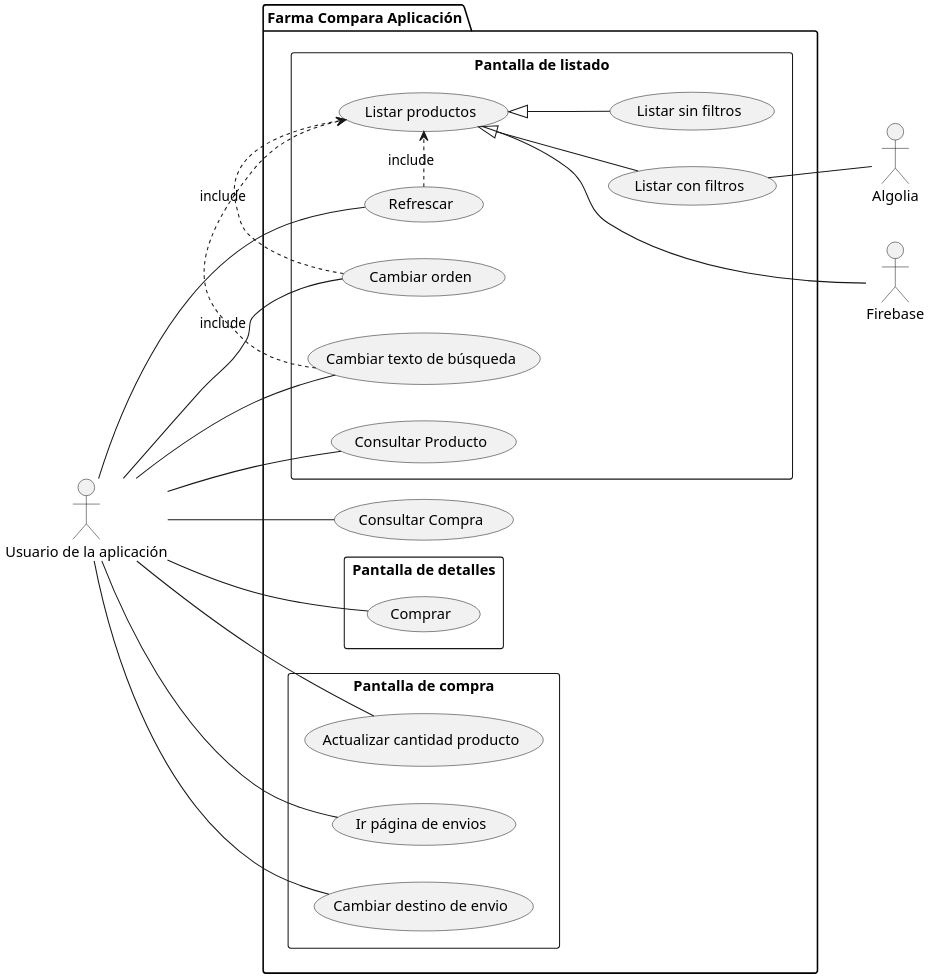
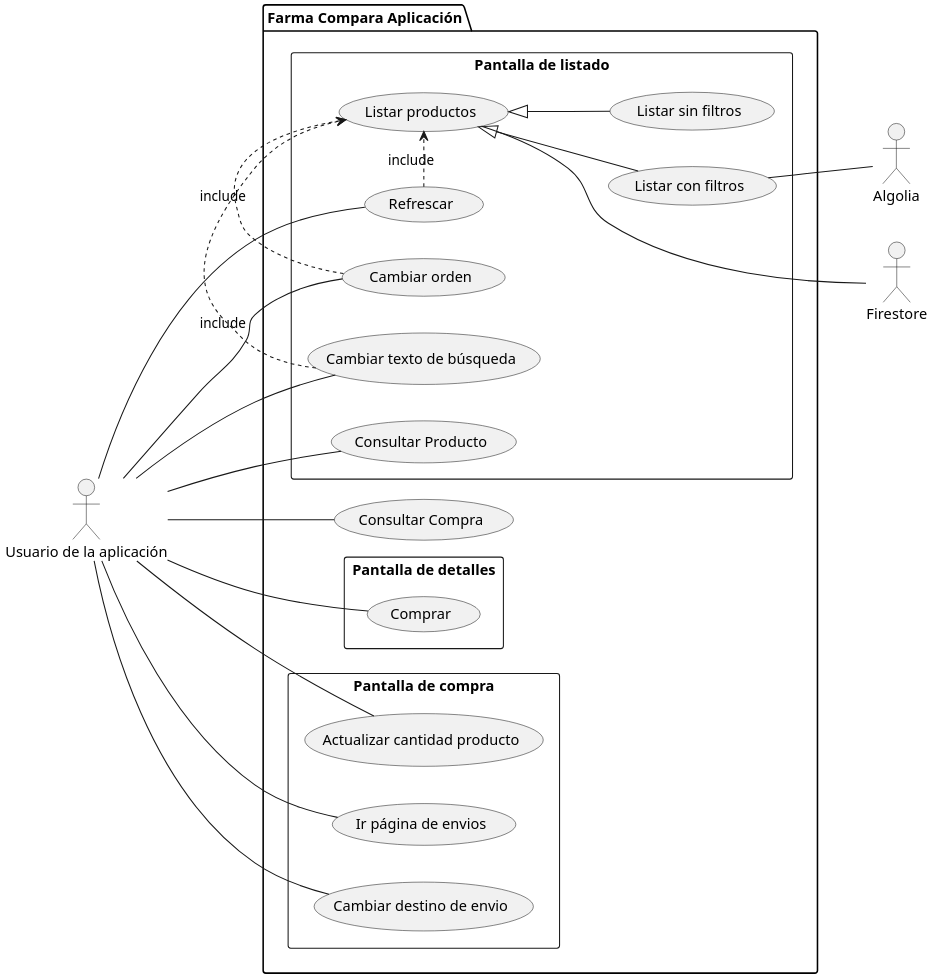
One commit to Cavitedev/FarmaCompara changed the diagram in docs/uml/casos_de_uso_app.puml. Above: the diagram before and after it, drawn with PlantUML. The commit also changed 4 other files, not shown here.

Commit message:
fix: :memo: #17 Arreglos diagramas de caso de uso

```diff
--- a/docs/uml/casos_de_uso_app.puml
+++ b/docs/uml/casos_de_uso_app.puml
@@ -1,69 +1,69 @@
-@startuml casos_de_uso
+@startuml casos_de_uso_app
 scale 2
 left to right direction
 
 
 actor Usuario as "Usuario de la aplicación"
-actor Firebase
+actor Firebase as "Firestore"
 
 actor Algolia
 
 
 package App as "Farma Compara Aplicación"{
 
     
     rectangle Listado as "Pantalla de listado"{
         usecase Refrescar
         usecase OrdenProd as "Cambiar orden"
         usecase BusquedaTexto as "Cambiar texto de búsqueda"
 
         usecase ListarProductos as "Listar productos"
         usecase ListarSinFiltros as "Listar sin filtros"
         usecase ListarConFiltros as "Listar con filtros"
 
         usecase ConsultarProducto as "Consultar Producto"
     }
 
     rectangle Detalles as "Pantalla de detalles"{
         usecase Comprar
     }
 
     rectangle Compra as "Pantalla de compra"{
         usecase ActualizarCantidad as "Actualizar cantidad producto"
         usecase IrPaginaEnvios as "Ir página de envios"
         usecase CambiarEnvio as "Cambiar destino de envio"
     }
 
     usecase ConsultarCompra as "Consultar Compra"
 
     
 
 }
 
 Usuario -- Refrescar
 Usuario -- OrdenProd
 Usuario -- BusquedaTexto
 Usuario -- ConsultarProducto
 Usuario -- ConsultarCompra
 Usuario -- Comprar
 Usuario -- ActualizarCantidad
 Usuario -- IrPaginaEnvios
 Usuario -- CambiarEnvio
 
 Refrescar .> ListarProductos : include
 OrdenProd .> ListarProductos : include
 BusquedaTexto .> ListarProductos : include
 
 
 
 ListarProductos <|-- ListarSinFiltros
 ListarProductos <|-- ListarConFiltros
 
 ListarProductos --- Firebase
 ListarConFiltros -- Algolia
 
 
 
 
 
 @enduml
```
